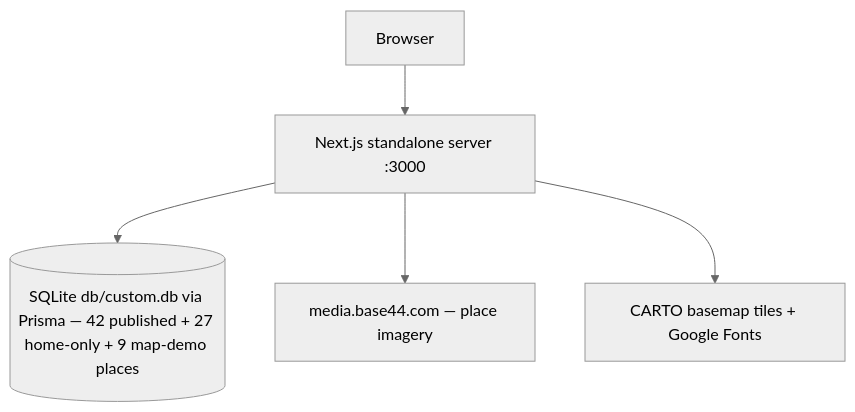
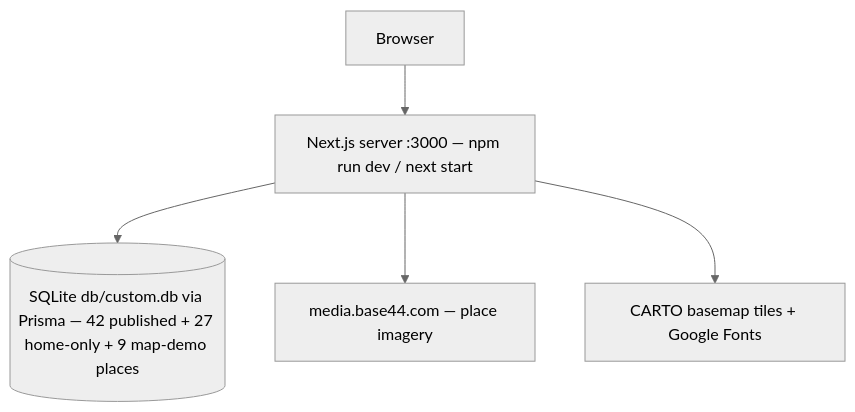
One commit to nordeim/activity-map-g changed the diagram in README.md. Above: the diagram before and after it, drawn with Mermaid (neutral theme). The commit also changed other lines of this file and 41 other files, not shown here.

````diff
--- a/README.md
+++ b/README.md
@@ -57,7 +57,7 @@
 ```mermaid
 flowchart TB
-    B[Browser] --> S[Next.js standalone server :3000]
+    B[Browser] --> S[Next.js server :3000 — npm run dev / next start]
     S --> DB[(SQLite db/custom.db via Prisma — 42 published + 27 home-only + 9 map-demo places)]
     S --> CDN1[media.base44.com — place imagery]
     S --> CDN2[CARTO basemap tiles + Google Fonts]
 ```
````
